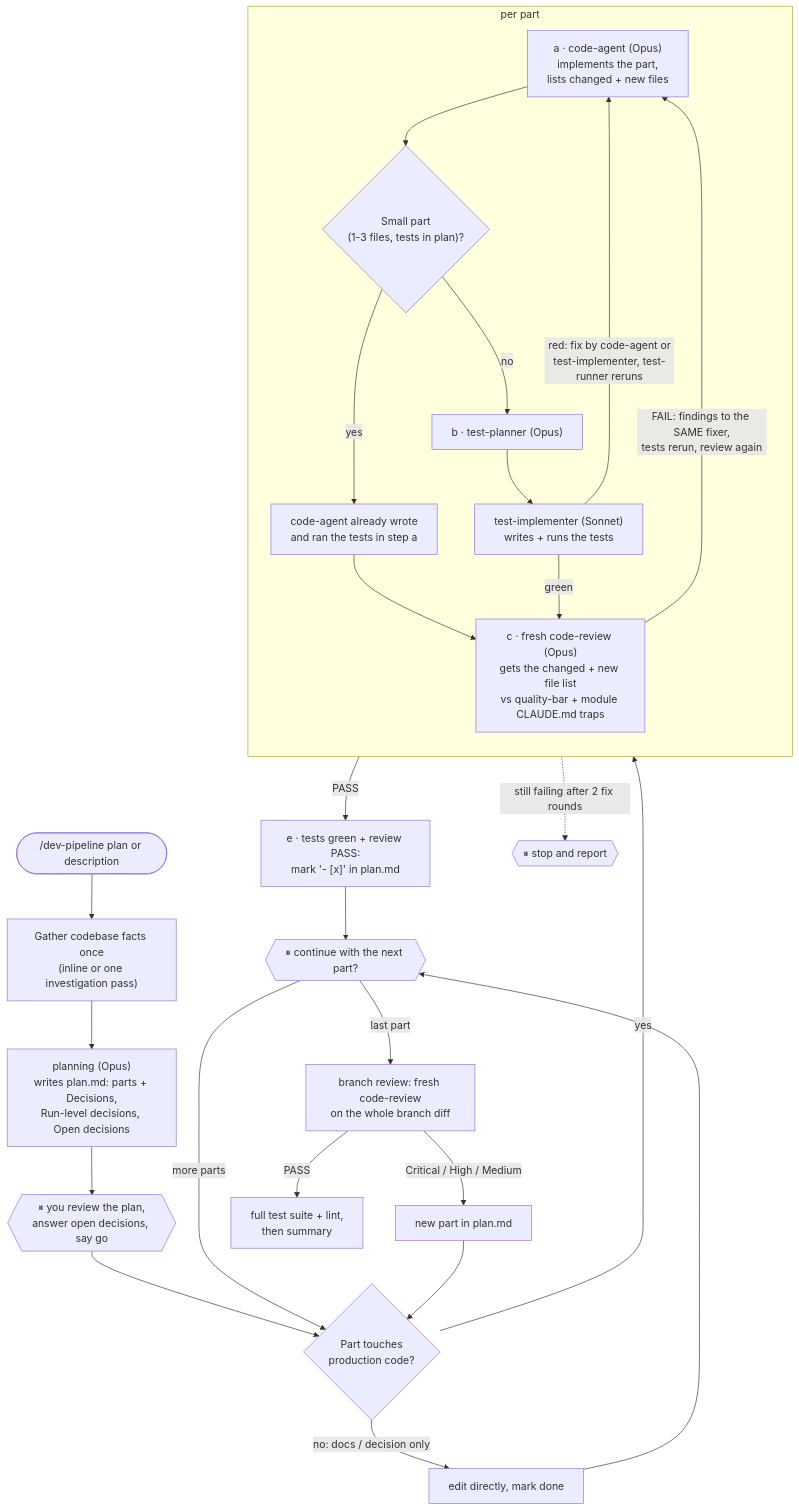
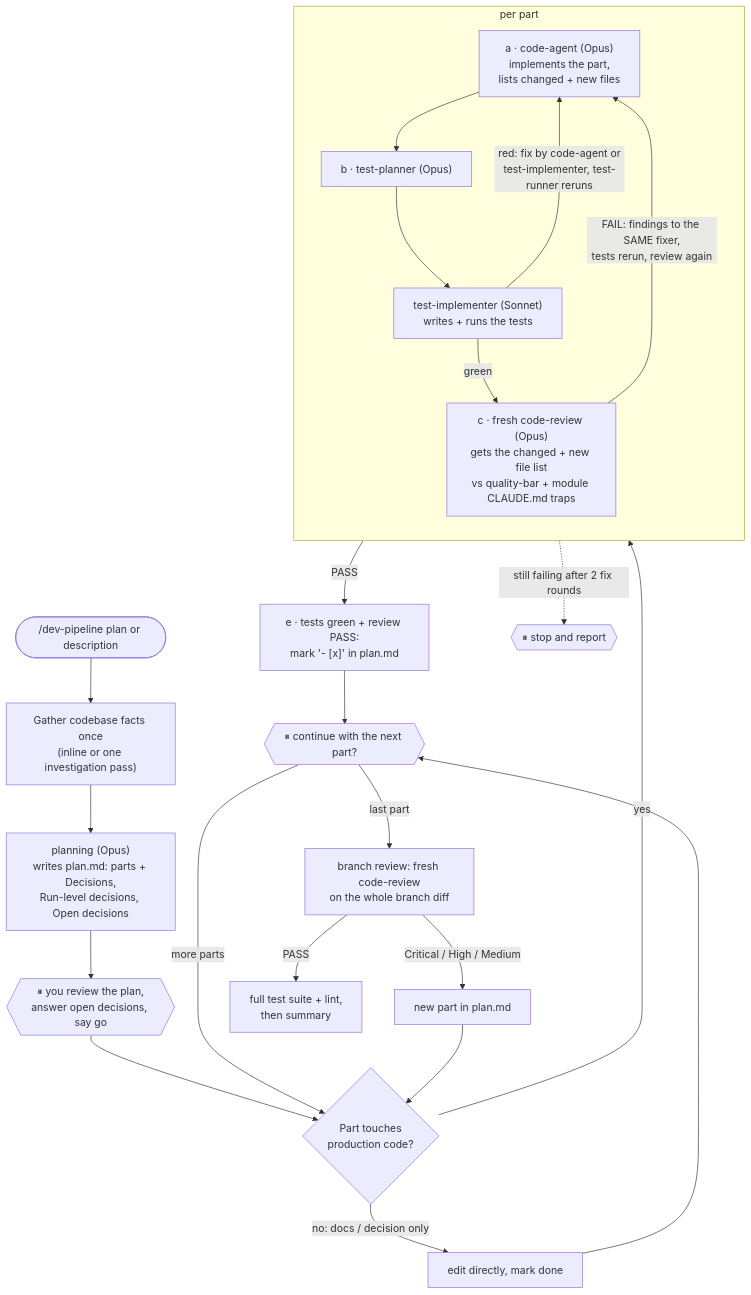
Before and after one commit to mxrpr/dev-pipeline-kit: the diagram in docs/dev-pipeline.md, drawn with Mermaid. The commit also changed other lines of this file and 2 other files, not shown here.

Commit message:
feat(dev-pipeline): run full test planning and writing for every part
Drop the small-part shortcut where code-agent alone tested parts of 1-3 files. Every part that changes behavior now goes through test-planner and test-implementer, as in /feature. Update README and docs to match.

````diff
--- a/docs/dev-pipeline.md
+++ b/docs/dev-pipeline.md
@@ -14,30 +14,27 @@
 ```mermaid
 flowchart TD
     IN(["/dev-pipeline plan or description"]) --> INV["Gather codebase facts once<br/>(inline or one investigation pass)"]
     INV --> PL["planning (Opus)<br/>writes plan.md: parts + Decisions,<br/>Run-level decisions, Open decisions"]
     PL --> G1{{"⏸ you review the plan,<br/>answer open decisions, say go"}}
     G1 --> FAST{"Part touches<br/>production code?"}
 
     FAST -->|"no: docs / decision only"| EDIT["edit directly, mark done"]
     FAST -->|yes| IMP
 
     subgraph PART [" per part "]
         direction TB
-        IMP["a · code-agent (Opus)<br/>implements the part,<br/>lists changed + new files"] --> SMALL{"Small part<br/>(1-3 files, tests in plan)?"}
-        SMALL -->|yes| INL["code-agent already wrote<br/>and ran the tests in step a"]
-        SMALL -->|no| TP["b · test-planner (Opus)"] --> TI["test-implementer (Sonnet)<br/>writes + runs the tests"]
+        IMP["a · code-agent (Opus)<br/>implements the part,<br/>lists changed + new files"] --> TP["b · test-planner (Opus)"] --> TI["test-implementer (Sonnet)<br/>writes + runs the tests"]
         TI -->|"red: fix by code-agent or<br/>test-implementer, test-runner reruns"| IMP
-        INL --> REV
         TI -->|green| REV["c · fresh code-review (Opus)<br/>gets the changed + new file list<br/>vs quality-bar + module CLAUDE.md traps"]
         REV -->|"FAIL: findings to the SAME fixer,<br/>tests rerun, review again"| IMP
     end
 
     REV -->|PASS| DONE["e · tests green + review PASS:<br/>mark '- [x]' in plan.md"]
     EDIT --> NEXT
     DONE --> NEXT{{"⏸ continue with the next part?"}}
     NEXT -->|"more parts"| FAST
     NEXT -->|"last part"| BR["branch review: fresh code-review<br/>on the whole branch diff"]
     BR -->|"Critical / High / Medium"| NEWP["new part in plan.md"] --> FAST
     BR -->|PASS| END["full test suite + lint,<br/>then summary"]
     PART -. "still failing after 2 fix rounds" .-> STOP{{"⏸ stop and report"}}
 ```
````
